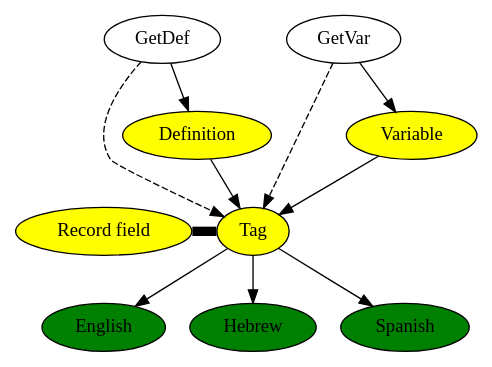
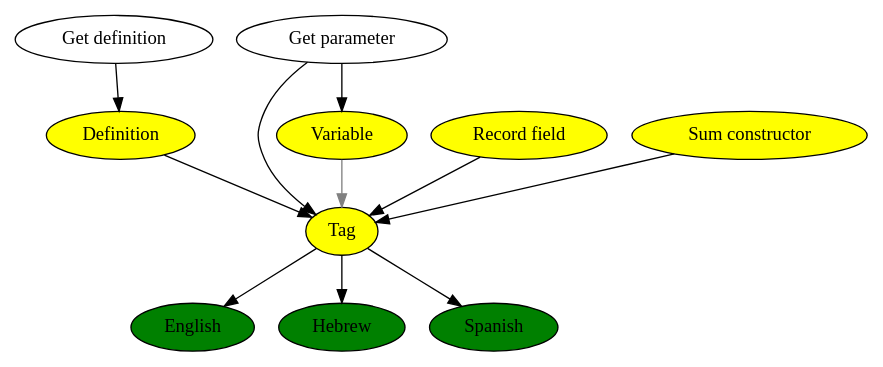
Before and after one commit to lamdu/lamdu: the diagram in doc/names.dot, drawn with Graphviz.

Commit message:
Nicer name dot graph

```diff
--- a/doc/names.dot
+++ b/doc/names.dot
@@ -1,17 +1,16 @@
 digraph {
-    Tag                      [style=filled, fillcolor=yellow];
-    Def                      [style=filled, fillcolor=yellow, label="Definition"];
-    Var                      [style=filled, fillcolor=yellow, label="Variable"];
-    RecordField              [style=filled, fillcolor=yellow, label="Record field"];
+    Tag, Def, Var, Field, Alt [style=filled, fillcolor=yellow];
+    Def   [label="Definition"];
+    Var   [label="Variable"];
+    Field [label="Record field"];
+    Alt   [label="Sum constructor"];
     English, Hebrew, Spanish [style=filled, fillcolor=green];
+    GetDef [label="Get definition"];
+    GetParam [label="Get parameter"];
     Tag -> English, Spanish, Hebrew;
-    {
-        rank = same; RecordField; Tag;
-    }
-    RecordField -> Tag [arrowhead=none, penwidth=7];
-    Def, Var -> Tag;
+    Def, Field, Alt, GetParam -> Tag;
+    Var -> Tag [color=gray];
 
     GetDef -> Def;
-    GetVar -> Var;
-    GetDef, GetVar -> Tag [style=dashed];
+    GetParam -> Var;
 }
```
